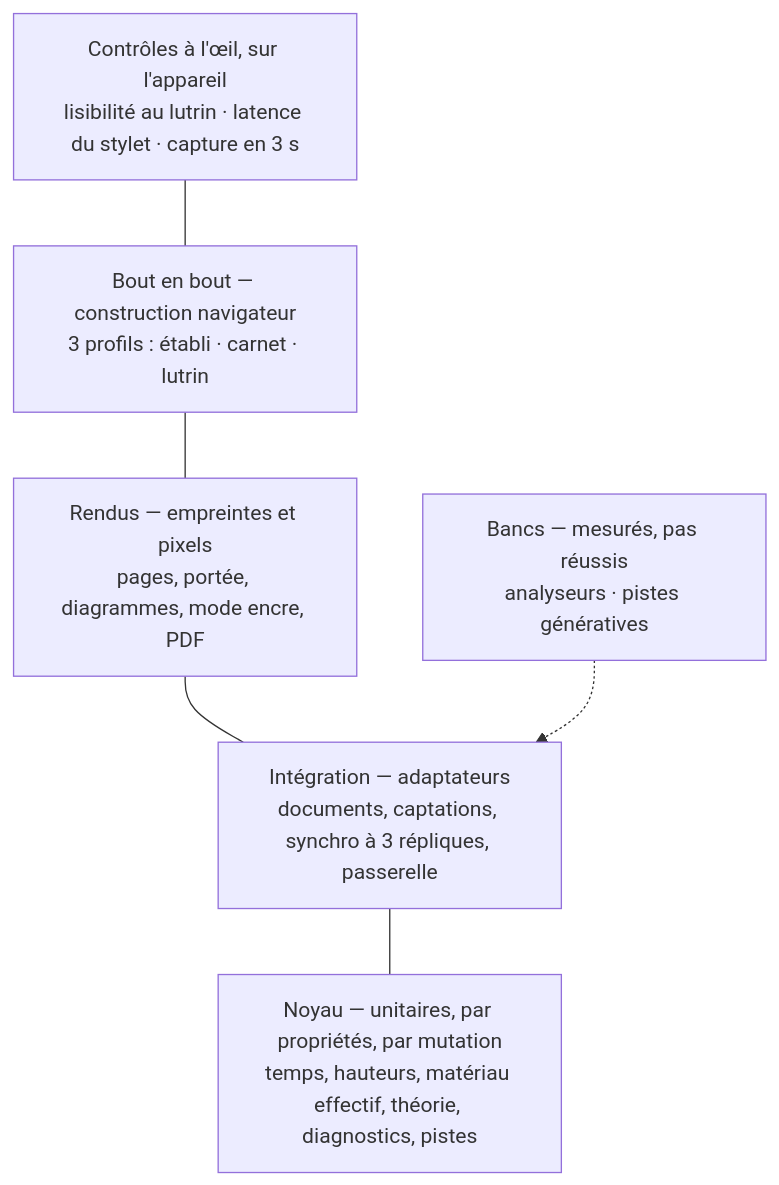
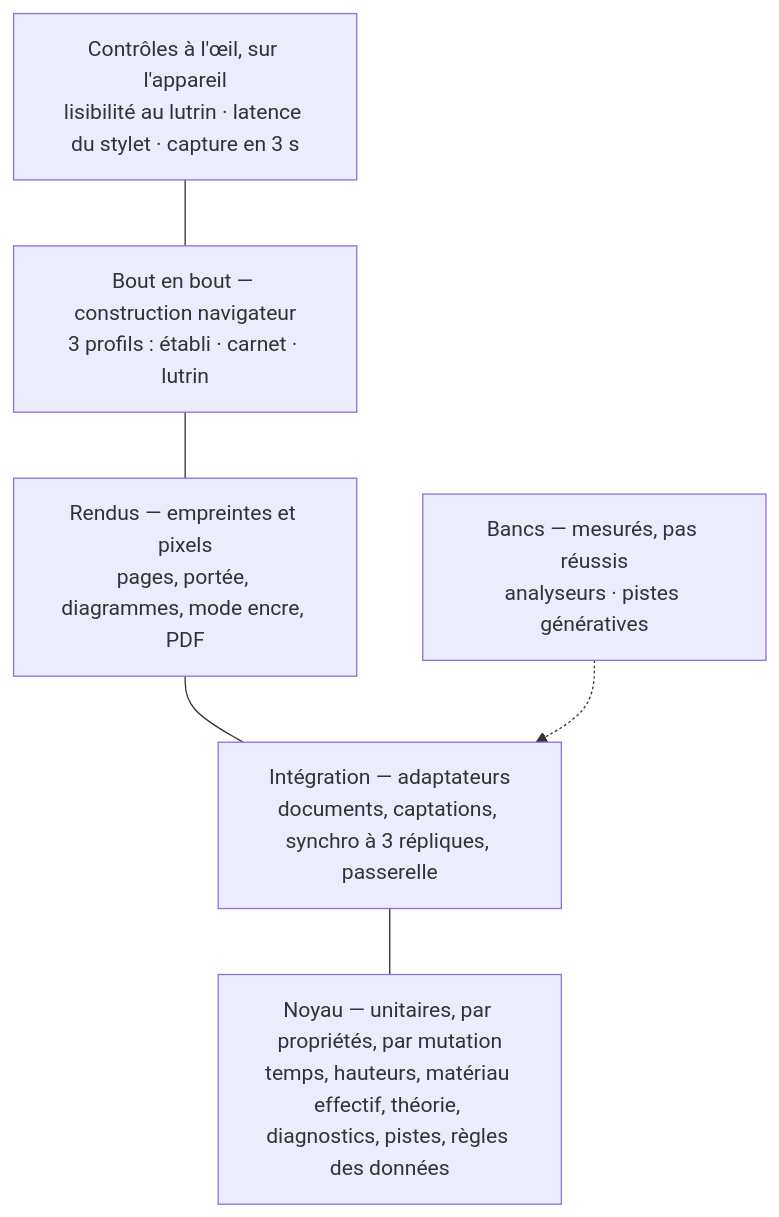
Before and after one commit to EdouardZemb/pupitre: the first of 2 diagrams in docs/70-qualite-et-verification.md, drawn with Mermaid. The commit also changed other lines of this file and 24 other files, not shown here.

````diff
--- a/docs/70-qualite-et-verification.md
+++ b/docs/70-qualite-et-verification.md
@@ -11,11 +11,11 @@
 ```mermaid
 flowchart TB
   A["Contrôles à l'œil, sur l'appareil<br/>lisibilité au lutrin · latence du stylet · capture en 3 s"]
   B["Bout en bout — construction navigateur<br/>3 profils : établi · carnet · lutrin"]
   C["Rendus — empreintes et pixels<br/>pages, portée, diagrammes, mode encre, PDF"]
   D["Intégration — adaptateurs<br/>documents, captations, synchro à 3 répliques, passerelle"]
-  E["Noyau — unitaires, par propriétés, par mutation<br/>temps, hauteurs, matériau effectif, théorie, diagnostics, pistes"]
+  E["Noyau — unitaires, par propriétés, par mutation<br/>temps, hauteurs, matériau effectif, théorie, diagnostics, pistes, règles des données"]
   F["Bancs — mesurés, pas réussis<br/>analyseurs · pistes génératives"]
   A --- B --- C --- D --- E
   F -.-> D
 ```
````
